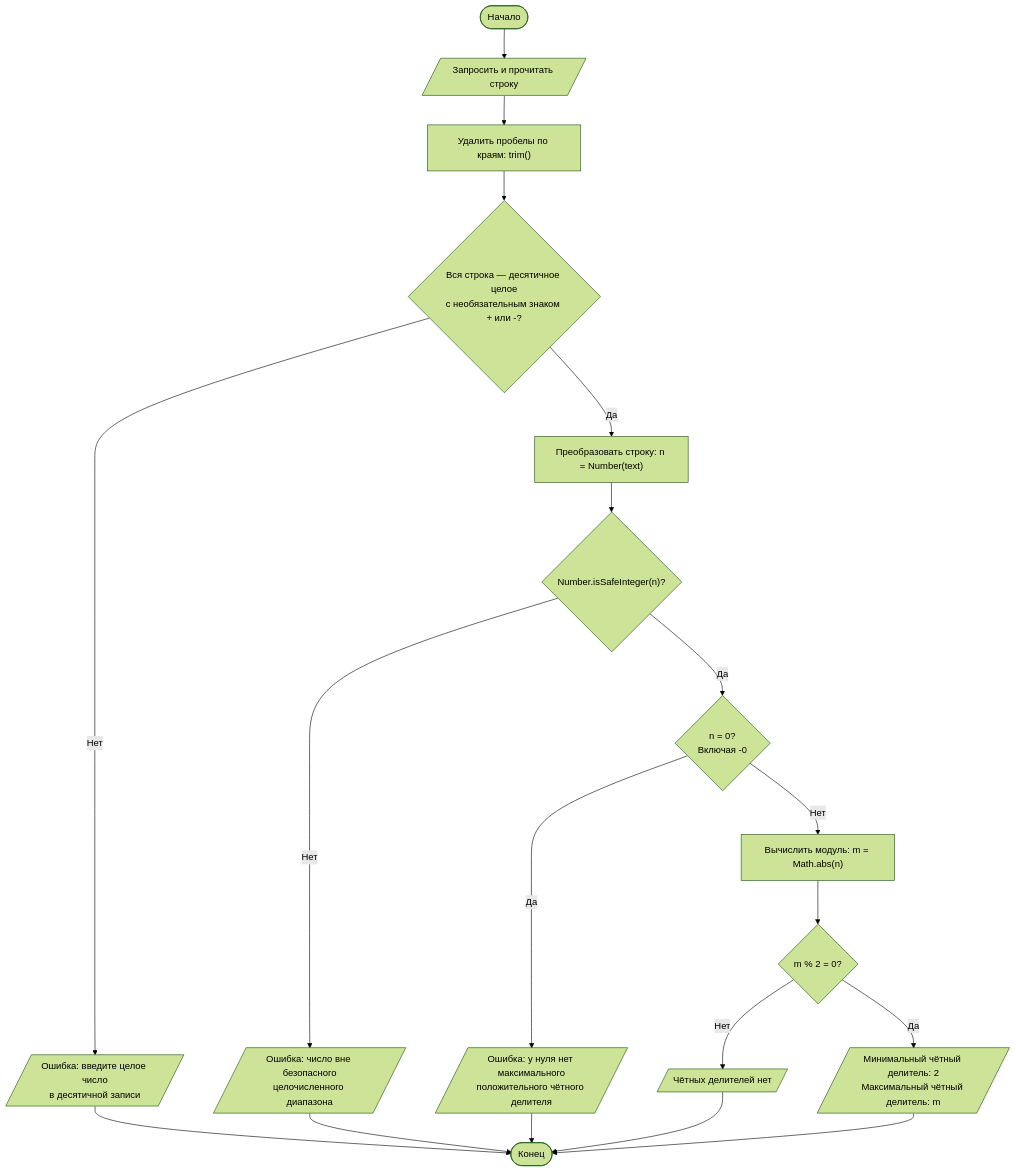
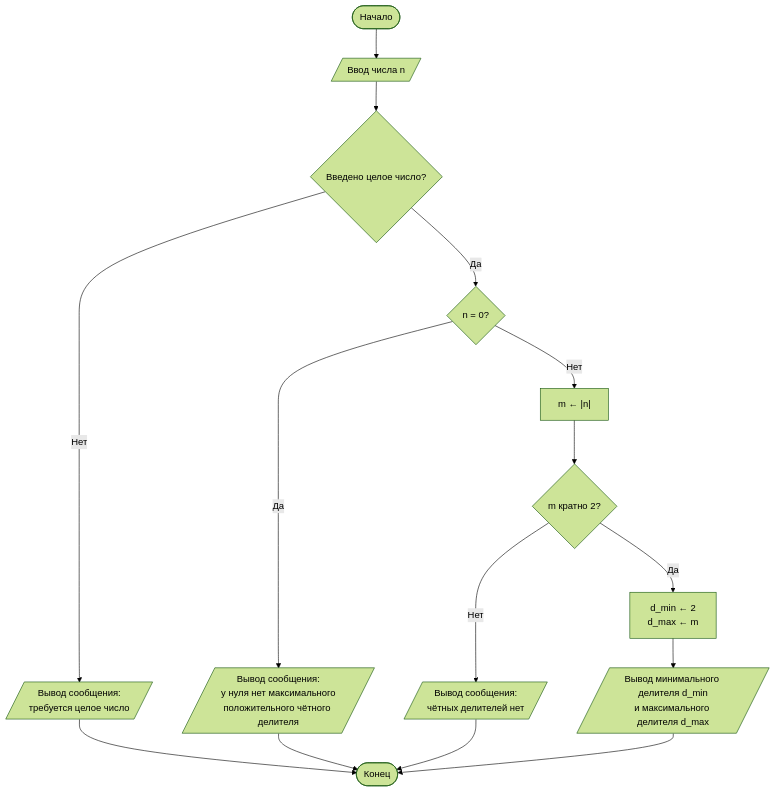
The diagram in docs/algorithm.md (Kenedy228/pzis), drawn with Mermaid (forest theme) before and after one commit. The commit also changed other lines of this file, not shown here.

Commit message:
docs: описать блок-схему математическими операциями

````diff
--- a/docs/algorithm.md
+++ b/docs/algorithm.md
@@ -5,26 +5,21 @@
 ```mermaid
 flowchart TD
-    start(["Начало"]) --> input[/"Запросить и прочитать строку"/]
-    input --> trim["Удалить пробелы по краям: trim()"]
-    trim --> format{"Вся строка — десятичное целое<br/>с необязательным знаком + или -?"}
+    start(["Начало"]) --> input[/"Ввод числа n"/]
+    input --> integer{"Введено целое число?"}
 
-    format -- "Нет" --> formatError[/"Ошибка: введите целое число<br/>в десятичной записи"/]
-    format -- "Да" --> convert["Преобразовать строку: n = Number(text)"]
-    convert --> safe{"Number.isSafeInteger(n)?"}
+    integer -- "Нет" --> inputError[/"Вывод сообщения:<br/>требуется целое число"/]
+    integer -- "Да" --> zero{"n = 0?"}
 
-    safe -- "Нет" --> rangeError[/"Ошибка: число вне безопасного<br/>целочисленного диапазона"/]
-    safe -- "Да" --> zero{"n = 0?<br/>Включая -0"}
+    zero -- "Да" --> zeroError[/"Вывод сообщения:<br/>у нуля нет максимального<br/>положительного чётного делителя"/]
+    zero -- "Нет" --> absolute["m ← |n|"]
+    absolute --> even{"m кратно 2?"}
 
-    zero -- "Да" --> zeroError[/"Ошибка: у нуля нет максимального<br/>положительного чётного делителя"/]
-    zero -- "Нет" --> absolute["Вычислить модуль: m = Math.abs(n)"]
-    absolute --> even{"m % 2 = 0?"}
+    even -- "Нет" --> none[/"Вывод сообщения:<br/>чётных делителей нет"/]
+    even -- "Да" --> calculate["d_min ← 2<br/>d_max ← m"]
+    calculate --> output[/"Вывод минимального делителя d_min<br/>и максимального делителя d_max"/]
 
-    even -- "Нет" --> none[/"Чётных делителей нет"/]
-    even -- "Да" --> found[/"Минимальный чётный делитель: 2<br/>Максимальный чётный делитель: m"/]
-
-    formatError --> finish(["Конец"])
-    rangeError --> finish
+    inputError --> finish(["Конец"])
     zeroError --> finish
     none --> finish
-    found --> finish
+    output --> finish
 ```
````
